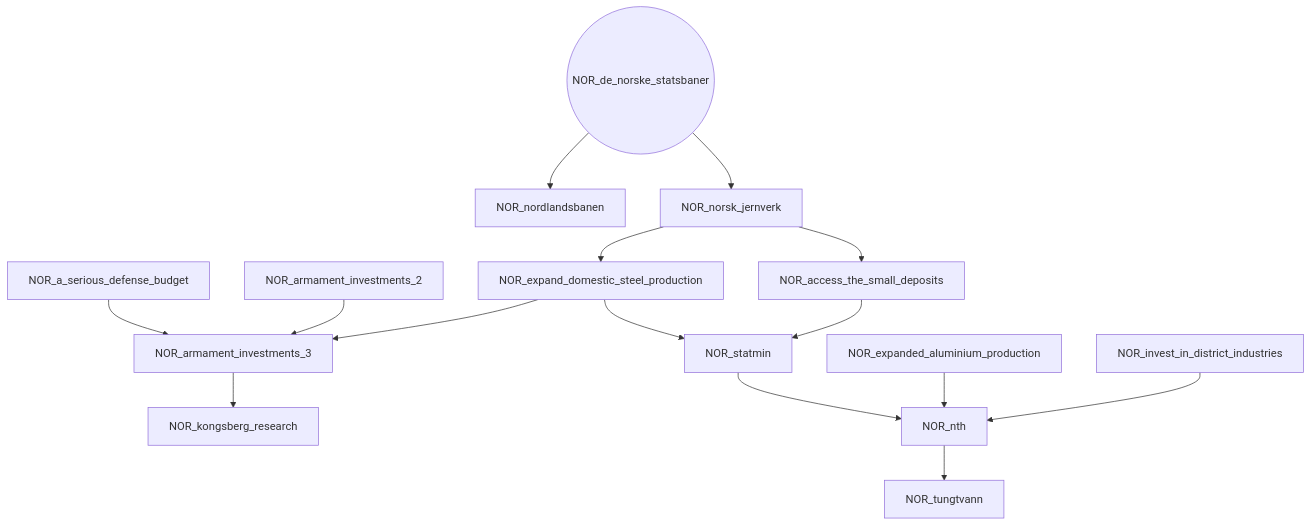
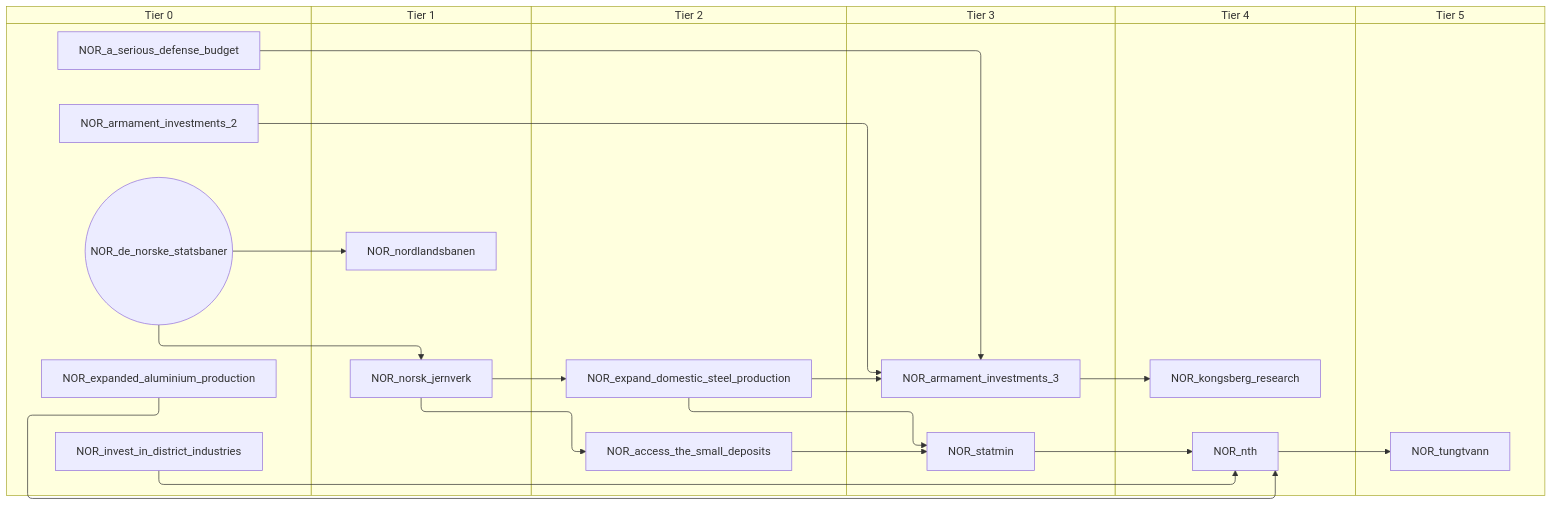
The third of 9 diagrams in docs/gdd/National Focuses/r56/r56_norway.md (evgeny-sobol/hoi4-sandbox-mode-r56), drawn with Mermaid before and after one commit. The commit also changed other lines of this file and 423 other files, not shown here.

First line of the commit message:
Re-export Rt56 focus trees as swimlane diagrams

````diff
--- a/docs/gdd/National Focuses/r56/r56_norway.md
+++ b/docs/gdd/National Focuses/r56/r56_norway.md
@@ -86,31 +106,43 @@
 ```mermaid
-flowchart TD
-    n9["NOR_a_serious_defense_budget"]
-    n27["NOR_access_the_small_deposits"]
-    n11["NOR_armament_investments_2"]
-    n12["NOR_armament_investments_3"]
-    n28(("NOR_de_norske_statsbaner"))
-    n20["NOR_expand_domestic_steel_production"]
-    n29["NOR_expanded_aluminium_production"]
-    n30["NOR_invest_in_district_industries"]
-    n22["NOR_kongsberg_research"]
-    n31["NOR_nordlandsbanen"]
-    n32["NOR_norsk_jernverk"]
-    n33["NOR_nth"]
-    n34["NOR_statmin"]
-    n35["NOR_tungtvann"]
-    n32 --> n27
-    n9 --> n12
-    n11 --> n12
-    n20 --> n12
-    n32 --> n20
-    n12 --> n22
-    n28 --> n31
-    n28 --> n32
-    n34 --> n33
-    n29 --> n33
-    n30 --> n33
-    n20 --> n34
-    n27 --> n34
-    n33 --> n35
+swimlane-beta TD
+    subgraph tier_0["Tier 0"]
+        n14["NOR_a_serious_defense_budget"]
+        n20["NOR_armament_investments_2"]
+        n27(("NOR_de_norske_statsbaner"))
+        n28["NOR_expanded_aluminium_production"]
+        n29["NOR_invest_in_district_industries"]
+    end
+    subgraph tier_1["Tier 1"]
+        n30["NOR_nordlandsbanen"]
+        n31["NOR_norsk_jernverk"]
+    end
+    subgraph tier_2["Tier 2"]
+        n32["NOR_access_the_small_deposits"]
+        n10["NOR_expand_domestic_steel_production"]
+    end
+    subgraph tier_3["Tier 3"]
+        n23["NOR_armament_investments_3"]
+        n33["NOR_statmin"]
+    end
+    subgraph tier_4["Tier 4"]
+        n26["NOR_kongsberg_research"]
+        n34["NOR_nth"]
+    end
+    subgraph tier_5["Tier 5"]
+        n35["NOR_tungtvann"]
+    end
+    n31 --> n32
+    n14 --> n23
+    n20 --> n23
+    n10 --> n23
+    n31 --> n10
+    n23 --> n26
+    n27 --> n30
+    n27 --> n31
+    n33 --> n34
+    n28 --> n34
+    n29 --> n34
+    n10 --> n33
+    n32 --> n33
+    n34 --> n35
 ```
````
